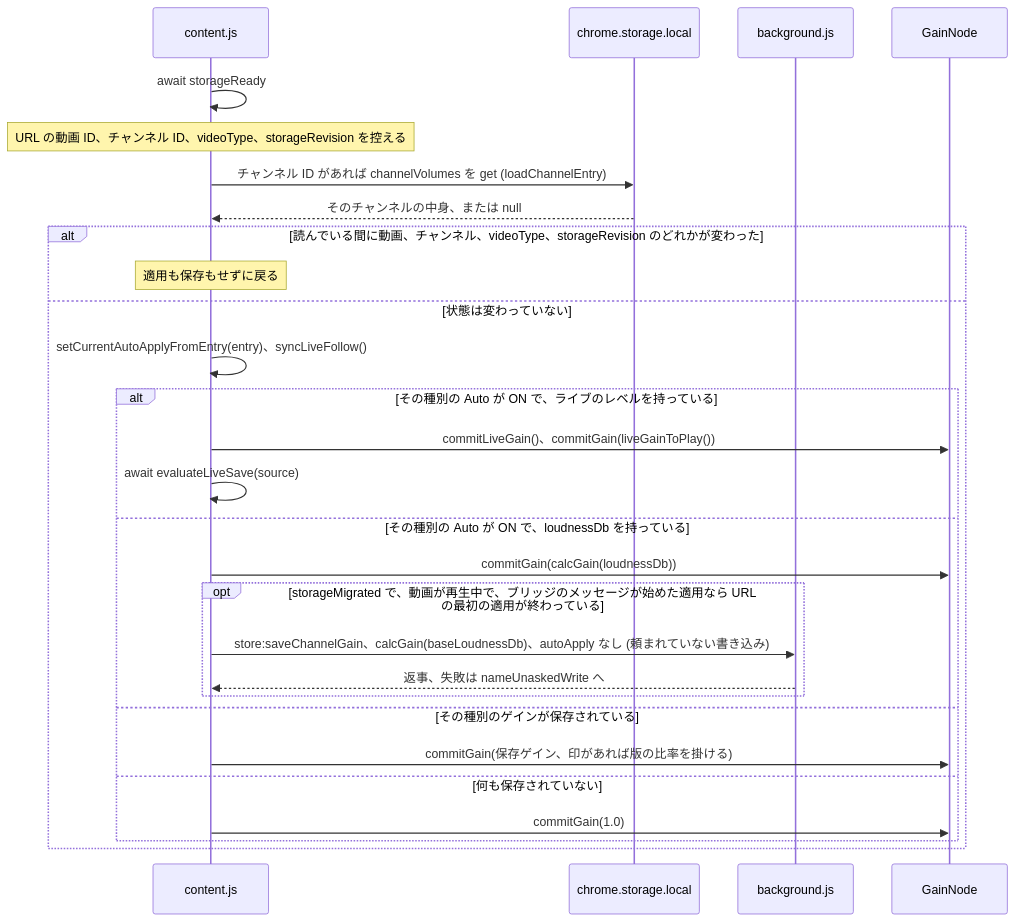
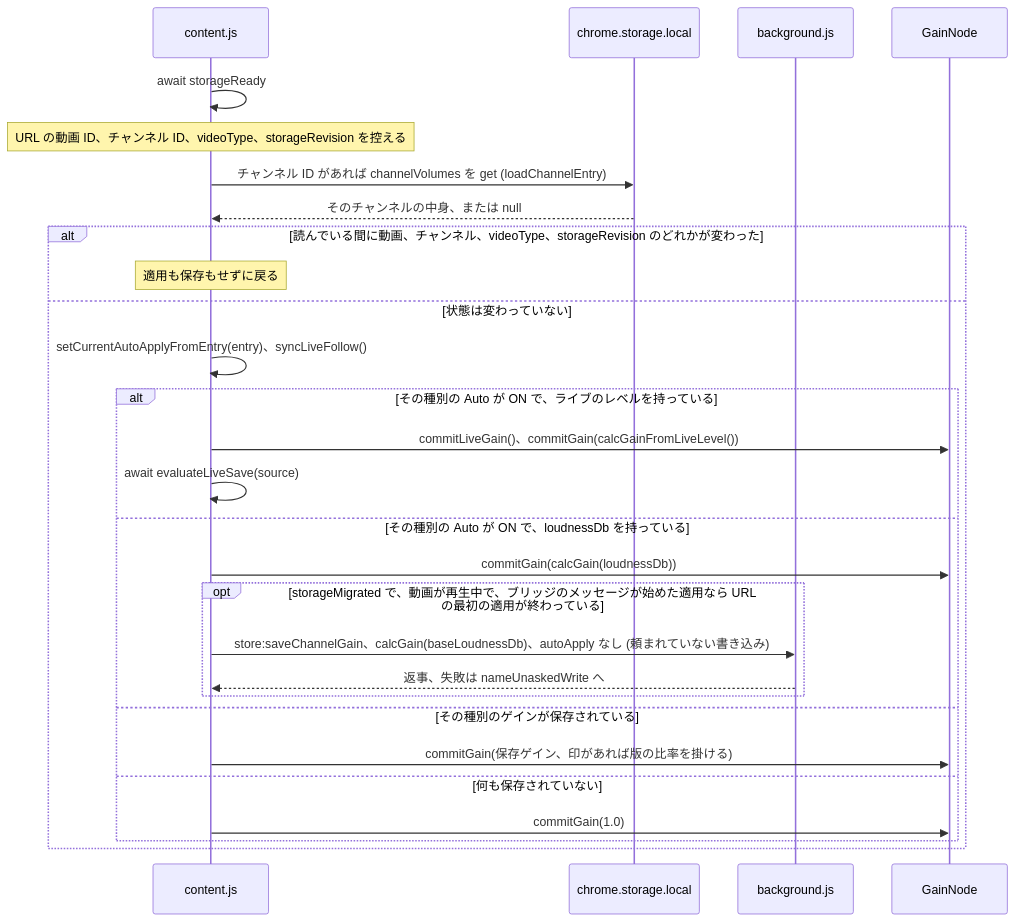
The second of 14 diagrams in docs/gain-change-and-save.ja.md (semnil/yt-channel-volume), drawn with Mermaid before and after one commit. The commit also changed other lines of this file and 4 other files, not shown here.

Commit message:
docs: describe the live follow as playing the gain the level asks for every second

````diff
--- a/docs/gain-change-and-save.ja.md
+++ b/docs/gain-change-and-save.ja.md
@@ -120,30 +120,30 @@
 ```mermaid
 sequenceDiagram
   participant C as content.js
   participant S as chrome.storage.local
   participant W as background.js
   participant G as GainNode
   C->>C: await storageReady
   Note over C: URL の動画 ID、チャンネル ID、videoType、storageRevision を控える
   C->>S: チャンネル ID があれば channelVolumes を get (loadChannelEntry)
   S-->>C: そのチャンネルの中身、または null
   alt 読んでいる間に動画、チャンネル、videoType、storageRevision のどれかが変わった
     Note over C: 適用も保存もせずに戻る
   else 状態は変わっていない
     C->>C: setCurrentAutoApplyFromEntry(entry)、syncLiveFollow()
     alt その種別の Auto が ON で、ライブのレベルを持っている
-      C->>G: commitLiveGain()、commitGain(liveGainToPlay())
+      C->>G: commitLiveGain()、commitGain(calcGainFromLiveLevel())
       C->>C: await evaluateLiveSave(source)
     else その種別の Auto が ON で、loudnessDb を持っている
       C->>G: commitGain(calcGain(loudnessDb))
       opt storageMigrated で、動画が再生中で、ブリッジのメッセージが始めた適用なら URL の最初の適用が終わっている
         C->>W: store:saveChannelGain、calcGain(baseLoudnessDb)、autoApply なし (頼まれていない書き込み)
         W-->>C: 返事、失敗は nameUnaskedWrite へ
       end
     else その種別のゲインが保存されている
       C->>G: commitGain(保存ゲイン、印があれば版の比率を掛ける)
     else 何も保存されていない
       C->>G: commitGain(1.0)
     end
   end
 ```
````
